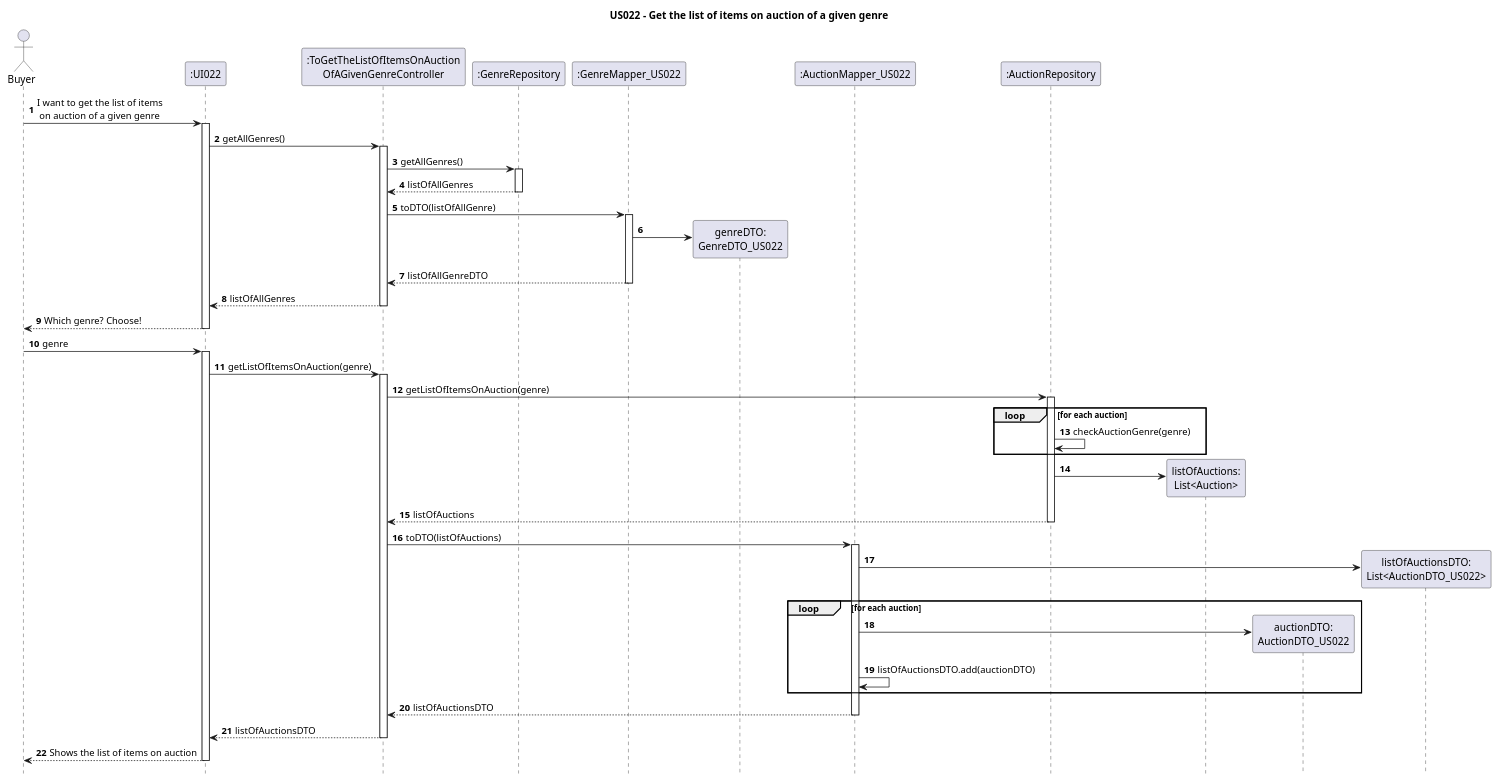
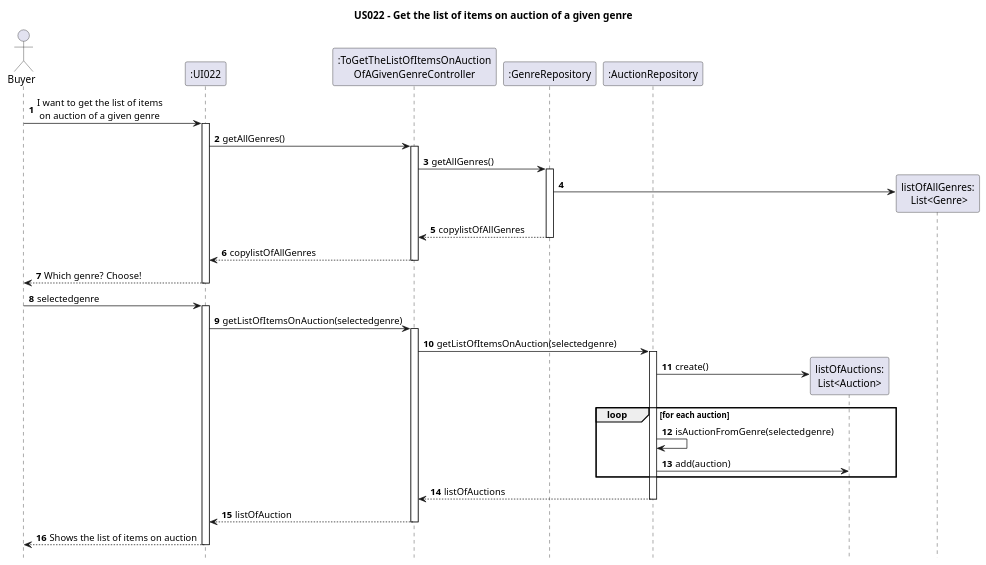
Before and after one commit to AndrePereiraGitH/SWitCH-Project-Team_A: the diagram in Diagrams/SequenceDiagrams/N2/US022-to-get-the-list-of-items-on-auction-of-a-given-genre.puml, drawn with PlantUML. The commit also changed 7 other files, not shown here.

```diff
--- a/Diagrams/SequenceDiagrams/N2/US022-to-get-the-list-of-items-on-auction-of-a-given-genre.puml
+++ b/Diagrams/SequenceDiagrams/N2/US022-to-get-the-list-of-items-on-auction-of-a-given-genre.puml
@@ -1,82 +1,95 @@
 @startuml
 autonumber
 hide footbox
 title US022 - Get the list of items on auction of a given genre
 
 actor Buyer
 
 ' Participants
 participant ":UI022" as UI
 participant ":ToGetTheListOfItemsOnAuction\nOfAGivenGenreController" as Ctrl
 participant ":GenreRepository" as GenreRepo
-participant ":GenreMapper_US022" as GenreMapper_US022
-participant "genreDTO:\nGenreDTO_US022" as GenreDTO
-participant ":AuctionMapper_US022" as Mapper
+'participant ":GenreMapper_US022" as GenreMapper_US022
+'participant "genreDTO:\nGenreDTO_US022" as GenreDTO
+'participant ":AuctionMapper_US022" as Mapper
 participant ":AuctionRepository" as AuctionRepo
 participant "listOfAuctions:\nList<Auction>" as ListAuc
 'participant ":Auction" as AuctionDomain
-participant "auctionDTO:\nAuctionDTO_US022" as DTO
-participant "listOfAuctionsDTO:\nList<AuctionDTO_US022>" as ListDTO
+'participant "auctionDTO:\nAuctionDTO_US022" as DTO
+'participant "listOfAuctionsDTO:\nList<AuctionDTO_US022>" as ListDTO
 
 ' Interactions
 Buyer -> UI : I want to get the list of items\n on auction of a given genre
 activate UI
+
 
 UI -> Ctrl : getAllGenres()
 activate Ctrl
 
 Ctrl -> GenreRepo : getAllGenres()
 activate GenreRepo
-GenreRepo --> Ctrl : listOfAllGenres
+create "listOfAllGenres:\n List<Genre>" as LG
+GenreRepo -> LG
+GenreRepo --> Ctrl : copylistOfAllGenres
 deactivate GenreRepo
 
-Ctrl -> GenreMapper_US022: toDTO(listOfAllGenre)
+/'Ctrl -> GenreMapper_US022: toDTO(listOfAllGenre)
 activate GenreMapper_US022
 GenreMapper_US022 -> GenreDTO **
 GenreMapper_US022 --> Ctrl: listOfAllGenreDTO
-deactivate GenreMapper_US022
+deactivate GenreMapper_US022'/
 
-Ctrl --> UI : listOfAllGenres
+Ctrl --> UI : copylistOfAllGenres
 deactivate Ctrl
 
 UI --> Buyer : Which genre? Choose!
 deactivate UI
 
-Buyer -> UI : genre
+Buyer -> UI : selectedgenre
 activate UI
 
-UI -> Ctrl : getListOfItemsOnAuction(genre)
+UI -> Ctrl : getListOfItemsOnAuction(selectedgenre)
 activate Ctrl
 
-Ctrl -> AuctionRepo : getListOfItemsOnAuction(genre)
+Ctrl -> AuctionRepo : getListOfItemsOnAuction(selectedgenre)
 activate AuctionRepo
 
+
+'*loop for each auction
+'    AuctionRepo -> AuctionRepo : checkAuctionGenre(genre)
+'end
+
+AuctionRepo -> ListAuc ** : create()
 loop for each auction
-    AuctionRepo -> AuctionRepo : checkAuctionGenre(genre)
+    AuctionRepo -> AuctionRepo : isAuctionFromGenre(selectedgenre)
+    AuctionRepo -> ListAuc : add(auction)
 end
 
-AuctionRepo -> ListAuc ** :
 AuctionRepo --> Ctrl : listOfAuctions
 deactivate AuctionRepo
 
-Ctrl -> Mapper : toDTO(listOfAuctions)
-activate Mapper
-Mapper -> ListDTO ** :
+'Ctrl -> Mapper : toDTO(listOfAuctions)
+'activate Mapper
 
-    loop for each auction
+'Mapper -> ListDTO ** :
 
-        Mapper -> DTO **
+   ' loop for each auction
 
-        Mapper -> Mapper : listOfAuctionsDTO.add(auctionDTO)
-    end
+    '    Mapper -> DTO **
 
-Mapper --> Ctrl : listOfAuctionsDTO
+     '   Mapper -> Mapper : listOfAuctionsDTO.add(auctionDTO)
+    'end
+
+/'Mapper --> Ctrl : listOfAuctionsDTO
 deactivate Mapper
 
 Ctrl --> UI : listOfAuctionsDTO
+deactivate Ctrl'/
+
+Ctrl --> UI : listOfAuction
 deactivate Ctrl
 
 UI --> Buyer : Shows the list of items on auction
 deactivate UI
 
 @enduml
```
